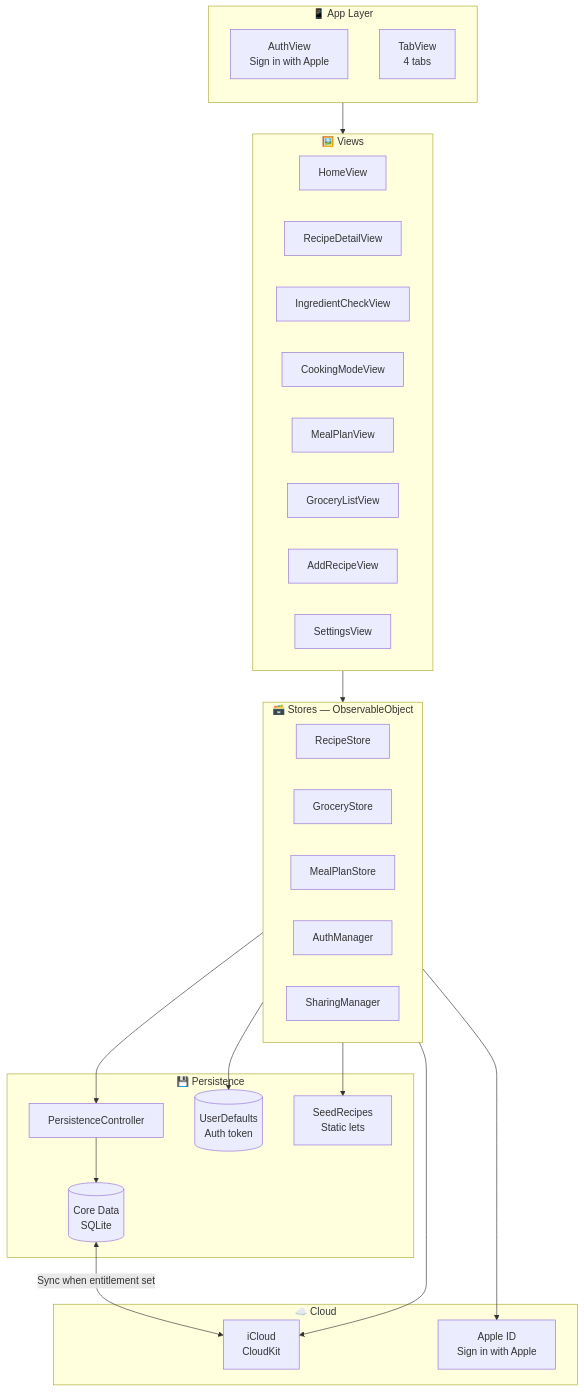
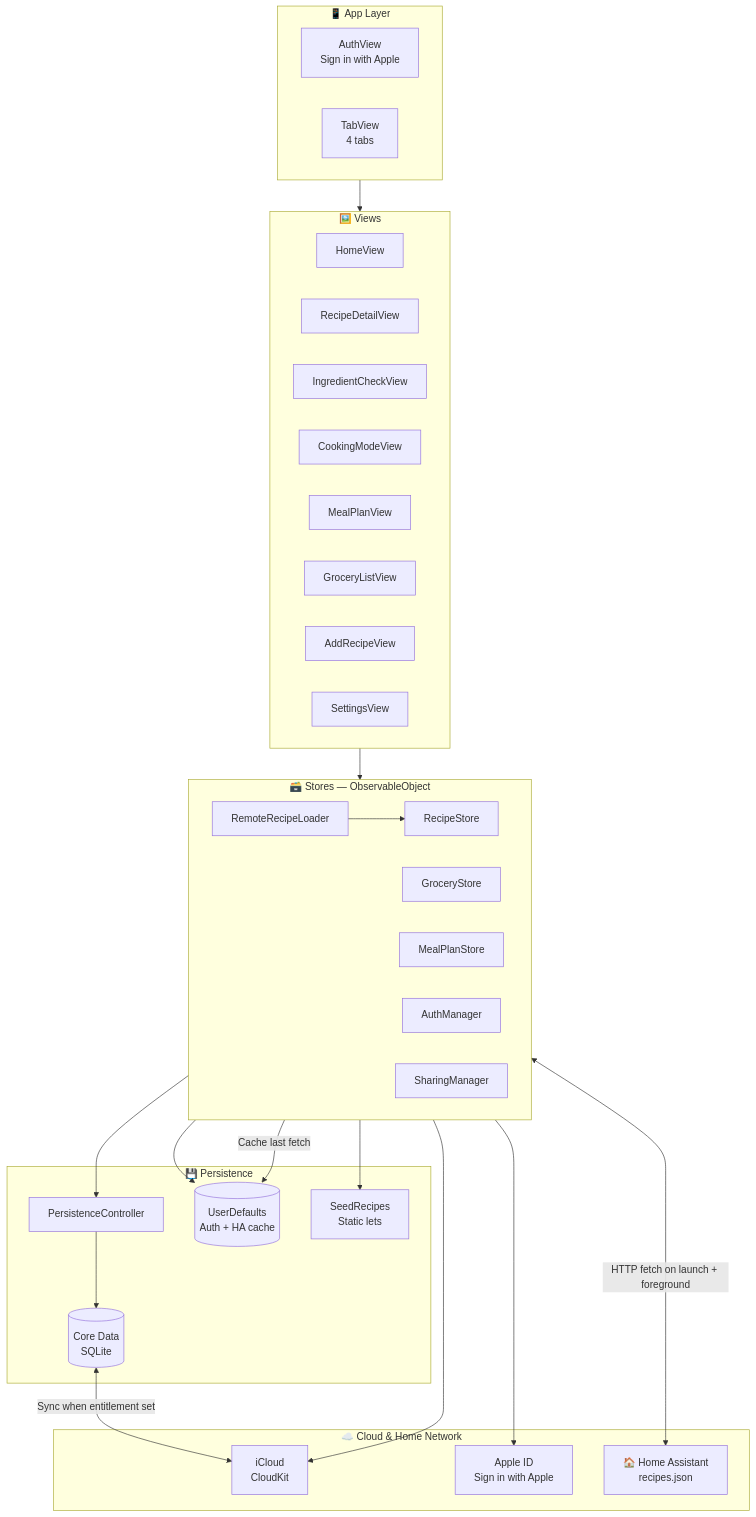
Before and after one commit to kalyanindianapolis-web/CookingApp: the first of 6 diagrams in MD files/CookingApp-Obsidian.md, drawn with Mermaid. The commit also changed other lines of this file and 1 other file, not shown here.

First line of the commit message:
Update Obsidian vault with HA remote loading + all session changes

````diff
--- a/MD files/CookingApp-Obsidian.md
+++ b/MD files/CookingApp-Obsidian.md
@@ -22,51 +29,55 @@
 ```mermaid
 flowchart TD
     subgraph App["📱 App Layer"]
-        direction TB
         AV[AuthView\nSign in with Apple]
         TV[TabView\n4 tabs]
     end
 
     subgraph Views["🖼️ Views"]
         direction LR
         HV[HomeView]
         RDV[RecipeDetailView]
         ICV[IngredientCheckView]
         CMV[CookingModeView]
         MPV[MealPlanView]
         GLV[GroceryListView]
         ARV[AddRecipeView]
         SV[SettingsView]
     end
 
-    subgraph Stores["🗃️ Stores  — ObservableObject"]
+    subgraph Stores["🗃️ Stores — ObservableObject"]
         direction LR
         RS[RecipeStore]
         GS[GroceryStore]
         MPS[MealPlanStore]
         AM[AuthManager]
         SM[SharingManager]
+        RRL[RemoteRecipeLoader]
     end
 
     subgraph Persistence["💾 Persistence"]
         PC[PersistenceController]
         CD[(Core Data\nSQLite)]
-        UD[(UserDefaults\nAuth token)]
+        UD[(UserDefaults\nAuth + HA cache)]
         SR[SeedRecipes\nStatic lets]
     end
 
-    subgraph Cloud["☁️ Cloud"]
+    subgraph Cloud["☁️ Cloud & Home Network"]
         CK[iCloud\nCloudKit]
         SIWA[Apple ID\nSign in with Apple]
+        HA[🏠 Home Assistant\nrecipes.json]
     end
 
     App --> Views
     Views --> Stores
     Stores --> PC
     PC --> CD
     CD <-->|Sync when entitlement set| CK
     AM --> UD
     AM --> SIWA
     SM --> CK
     RS --> SR
+    RRL <-->|HTTP fetch on launch + foreground| HA
+    RRL -->|Cache last fetch| UD
+    RRL --> RS
 ```
````
